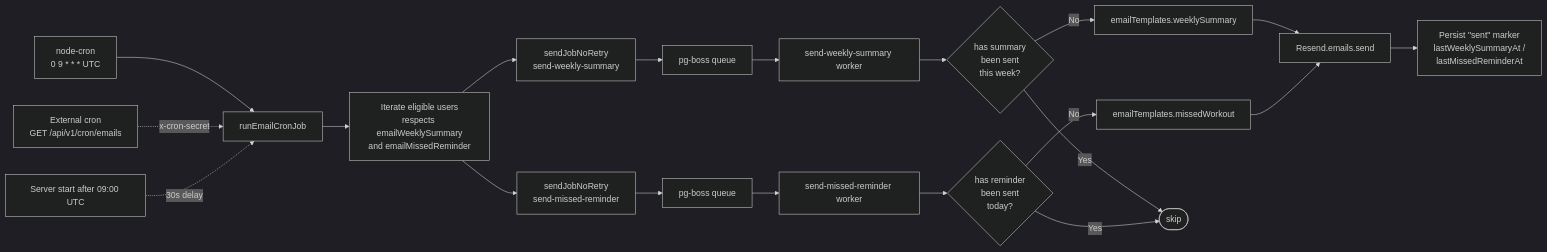
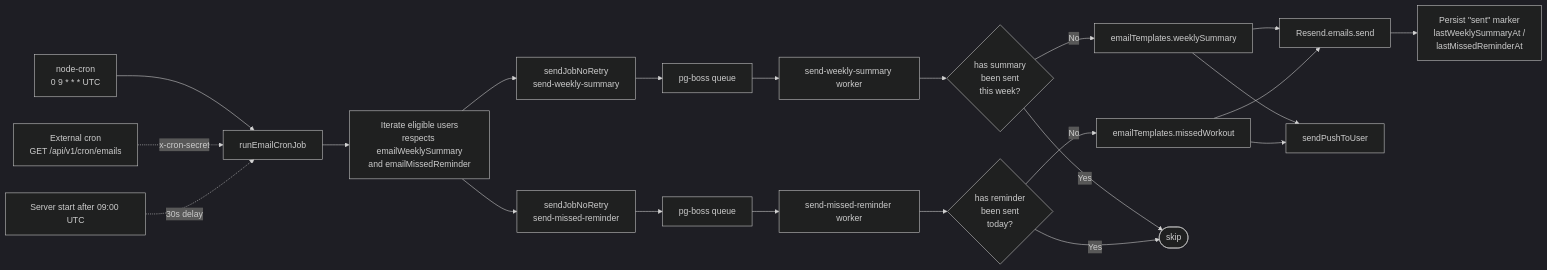
The eighth of 8 diagrams in docs/architecture.md (daler91/Hyrox-Companion), drawn with Mermaid (dark theme) before and after one commit. The commit also changed other lines of this file and 7 other files, not shown here.

````diff
--- a/docs/architecture.md
+++ b/docs/architecture.md
@@ -425,32 +425,34 @@
 ```mermaid
 flowchart LR
     Cron["node-cron<br/>0 9 * * * UTC"] --> Run[runEmailCronJob]
     Ext["External cron<br/>GET /api/v1/cron/emails"] -. x-cron-secret .-> Run
 
     Run --> Scan[Iterate eligible users<br/>respects emailWeeklySummary<br/>and emailMissedReminder]
 
     Scan --> EnqWeekly[sendJobNoRetry<br/>send-weekly-summary]
     Scan --> EnqMissed[sendJobNoRetry<br/>send-missed-reminder]
 
     EnqWeekly --> QW[pg-boss queue]
     EnqMissed --> QM[pg-boss queue]
 
     QW --> WW[send-weekly-summary worker]
     QM --> MW[send-missed-reminder worker]
 
     WW --> Guard1{"has summary<br/>been sent<br/>this week?"}
     MW --> Guard2{"has reminder<br/>been sent<br/>today?"}
 
     Guard1 -- No --> Tmpl1[emailTemplates.weeklySummary]
     Guard2 -- No --> Tmpl2[emailTemplates.missedWorkout]
 
     Tmpl1 --> Send[Resend.emails.send]
     Tmpl2 --> Send
+    Tmpl1 --> Push[sendPushToUser]
+    Tmpl2 --> Push
 
     Send --> Mark[Persist &quot;sent&quot; marker<br/>lastWeeklySummaryAt /<br/>lastMissedReminderAt]
 
     Guard1 -- Yes --> Skip([skip])
     Guard2 -- Yes --> Skip
 
     Startup["Server start after 09:00 UTC"] -. 30s delay .-> Run
 ```
````
